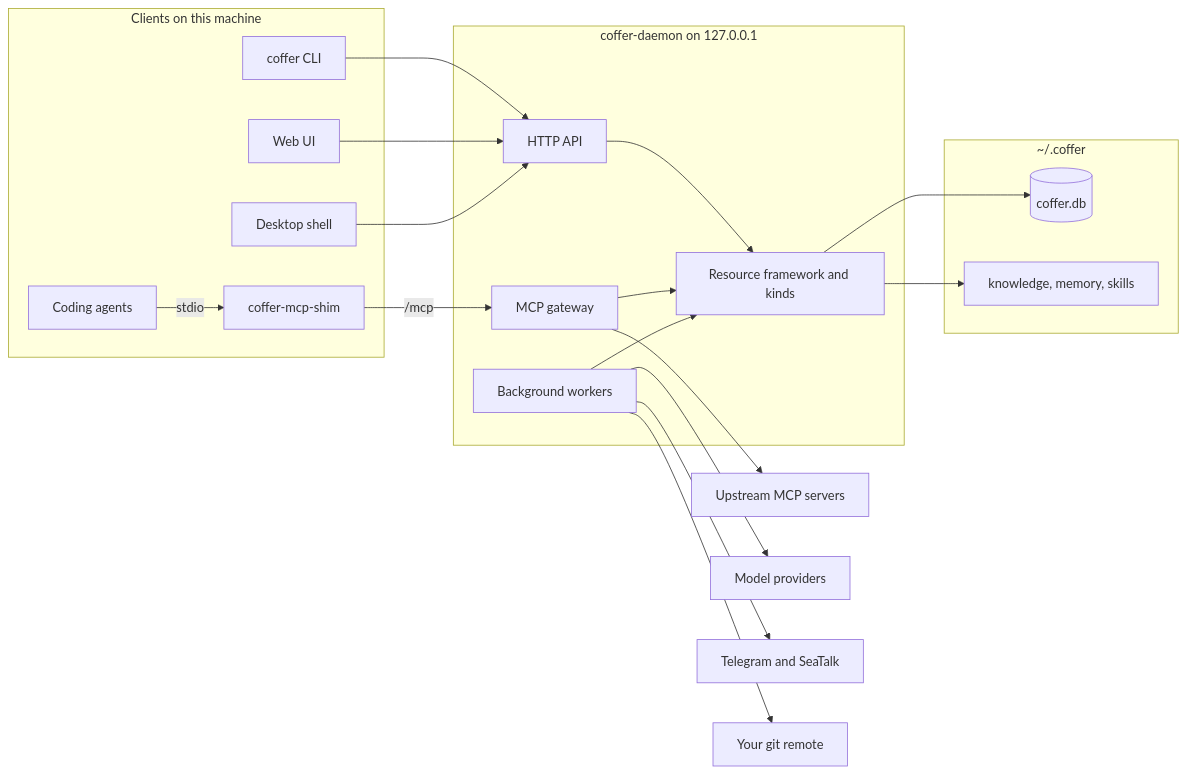
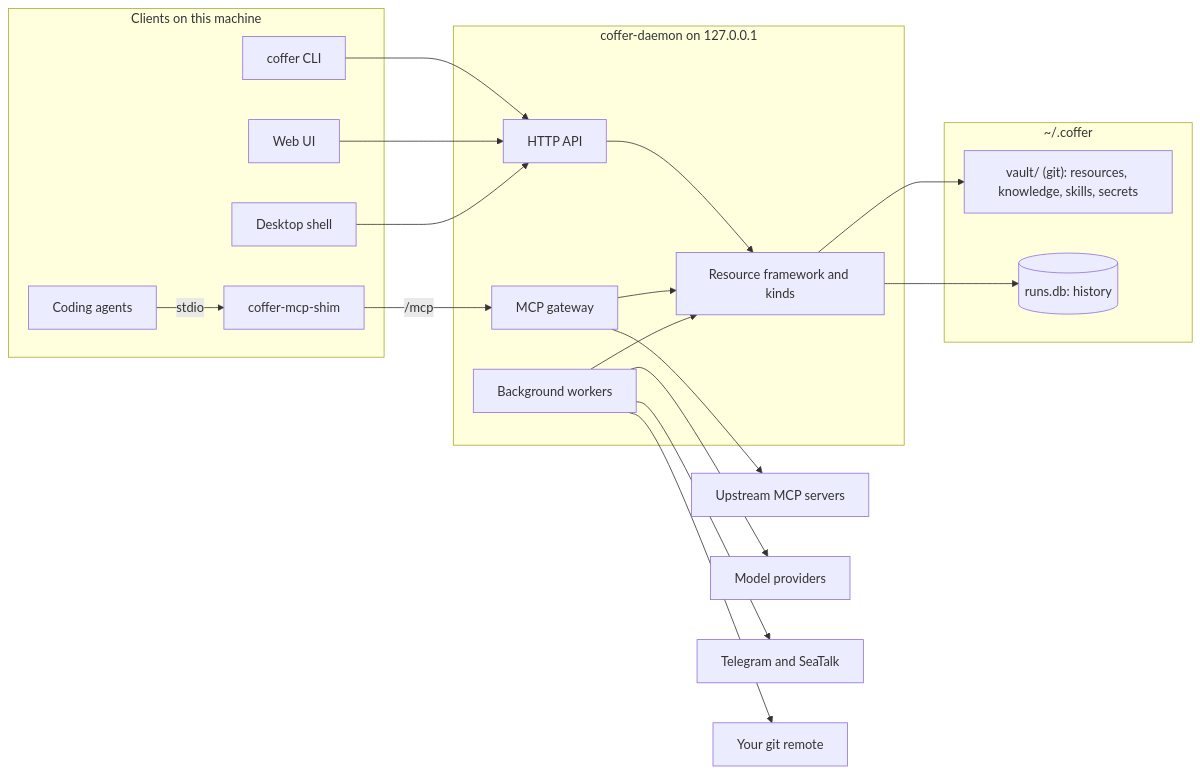
The diagram in docs-site/architecture/index.md (wyx-sg/Coffer), drawn with Mermaid before and after one commit. The commit also changed other lines of this file and 88 other files, not shown here.

````diff
--- a/docs-site/architecture/index.md
+++ b/docs-site/architecture/index.md
@@ -24,38 +24,38 @@
 ```mermaid
 flowchart LR
   subgraph clients["Clients on this machine"]
     AG["Coding agents"]
     SHIM["coffer-mcp-shim"]
     CLI["coffer CLI"]
     WEB["Web UI"]
     DESK["Desktop shell"]
   end
   subgraph daemon["coffer-daemon on 127.0.0.1"]
     API["HTTP API"]
     GW["MCP gateway"]
     RF["Resource framework and kinds"]
     WK["Background workers"]
   end
   subgraph disk["~/.coffer"]
-    DB[("coffer.db")]
-    FS["knowledge, memory, skills"]
+    FS["vault/ (git): resources, knowledge, skills, secrets"]
+    DB[("runs.db: history")]
   end
   UP["Upstream MCP servers"]
   LLM["Model providers"]
   IM["Telegram and SeaTalk"]
   GIT["Your git remote"]
   AG -->|stdio| SHIM
   SHIM -->|"/mcp"| GW
   CLI --> API
   WEB --> API
   DESK --> API
   API --> RF
   GW --> RF
   WK --> RF
   RF --> DB
   RF --> FS
   GW --> UP
   WK --> LLM
   WK --> IM
   WK --> GIT
 ```
````
